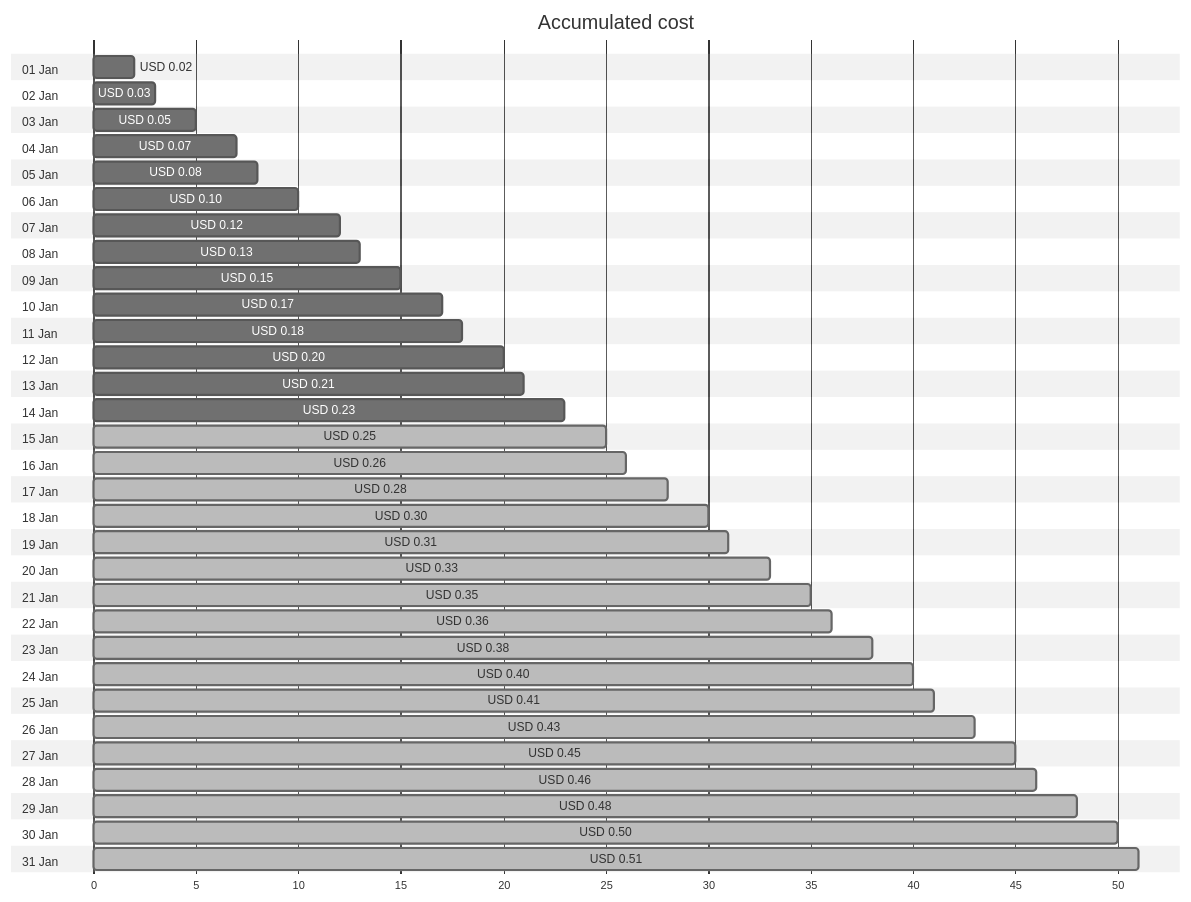
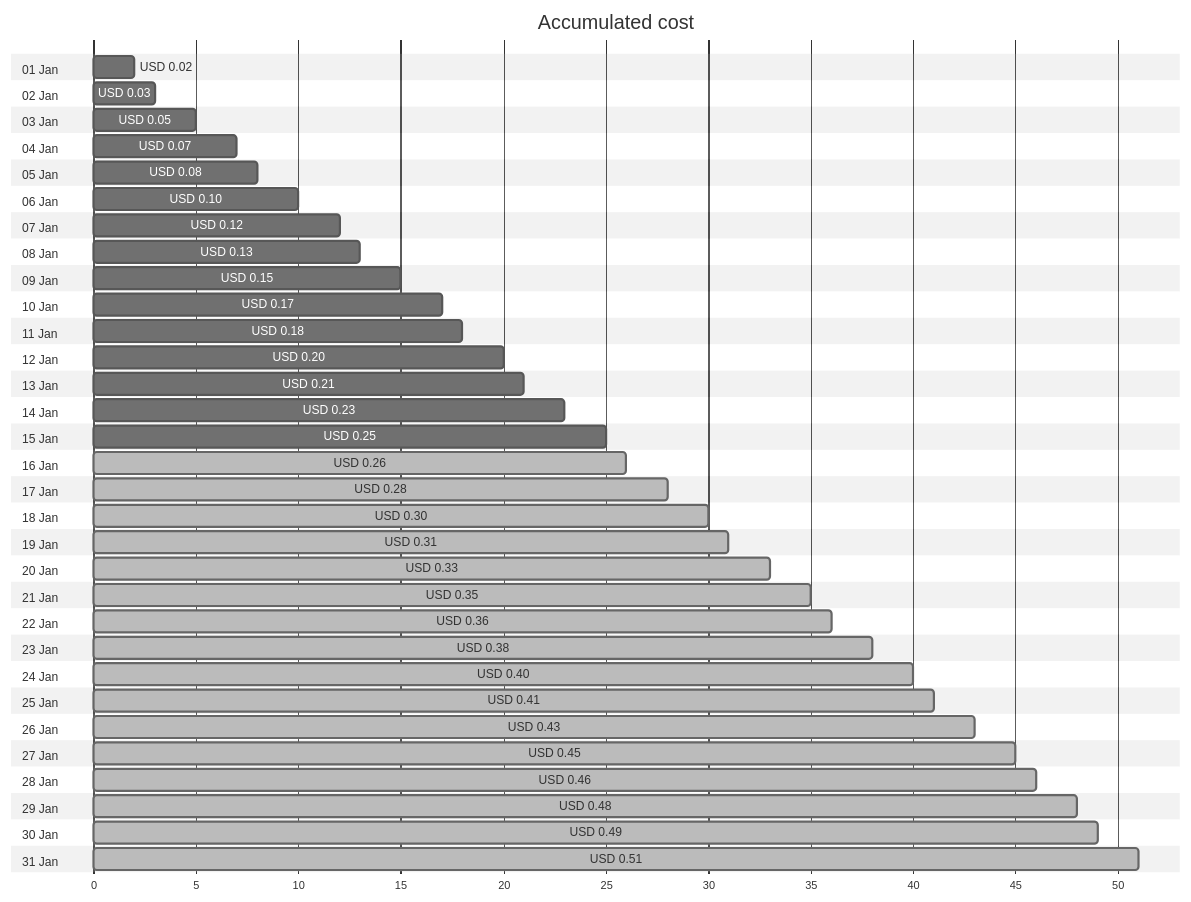
Before and after one commit to jpfulton/azure-personal-reports: the first of 4 diagrams in cost-reports/personal-dns/jpatrickfulton.dev.md, drawn with Mermaid (neutral theme). The commit also changed other lines of this file and 2 other files, not shown here.

````diff
--- a/cost-reports/personal-dns/jpatrickfulton.dev.md
+++ b/cost-reports/personal-dns/jpatrickfulton.dev.md
@@ -20,68 +20,68 @@
 ```mermaid
 gantt
    title Accumulated cost
    dateFormat  X
    axisFormat %s
    section 01 Jan
    USD 0.02 :0, 2
    section 02 Jan
    USD 0.03 :0, 3
    section 03 Jan
    USD 0.05 :0, 5
    section 04 Jan
    USD 0.07 :0, 7
    section 05 Jan
    USD 0.08 :0, 8
    section 06 Jan
    USD 0.10 :0, 10
    section 07 Jan
    USD 0.12 :0, 12
    section 08 Jan
    USD 0.13 :0, 13
    section 09 Jan
    USD 0.15 :0, 15
    section 10 Jan
    USD 0.17 :0, 17
    section 11 Jan
    USD 0.18 :0, 18
    section 12 Jan
    USD 0.20 :0, 20
    section 13 Jan
    USD 0.21 :0, 21
    section 14 Jan
    USD 0.23 :0, 23
    section 15 Jan
-   USD 0.25 : done, 0, 25
+   USD 0.25 :0, 25
    section 16 Jan
    USD 0.26 : done, 0, 26
    section 17 Jan
    USD 0.28 : done, 0, 28
    section 18 Jan
    USD 0.30 : done, 0, 30
    section 19 Jan
    USD 0.31 : done, 0, 31
    section 20 Jan
    USD 0.33 : done, 0, 33
    section 21 Jan
    USD 0.35 : done, 0, 35
    section 22 Jan
    USD 0.36 : done, 0, 36
    section 23 Jan
    USD 0.38 : done, 0, 38
    section 24 Jan
    USD 0.40 : done, 0, 40
    section 25 Jan
    USD 0.41 : done, 0, 41
    section 26 Jan
    USD 0.43 : done, 0, 43
    section 27 Jan
    USD 0.45 : done, 0, 45
    section 28 Jan
    USD 0.46 : done, 0, 46
    section 29 Jan
    USD 0.48 : done, 0, 48
    section 30 Jan
-   USD 0.50 : done, 0, 50
+   USD 0.49 : done, 0, 49
    section 31 Jan
    USD 0.51 : done, 0, 51
 ```
````
